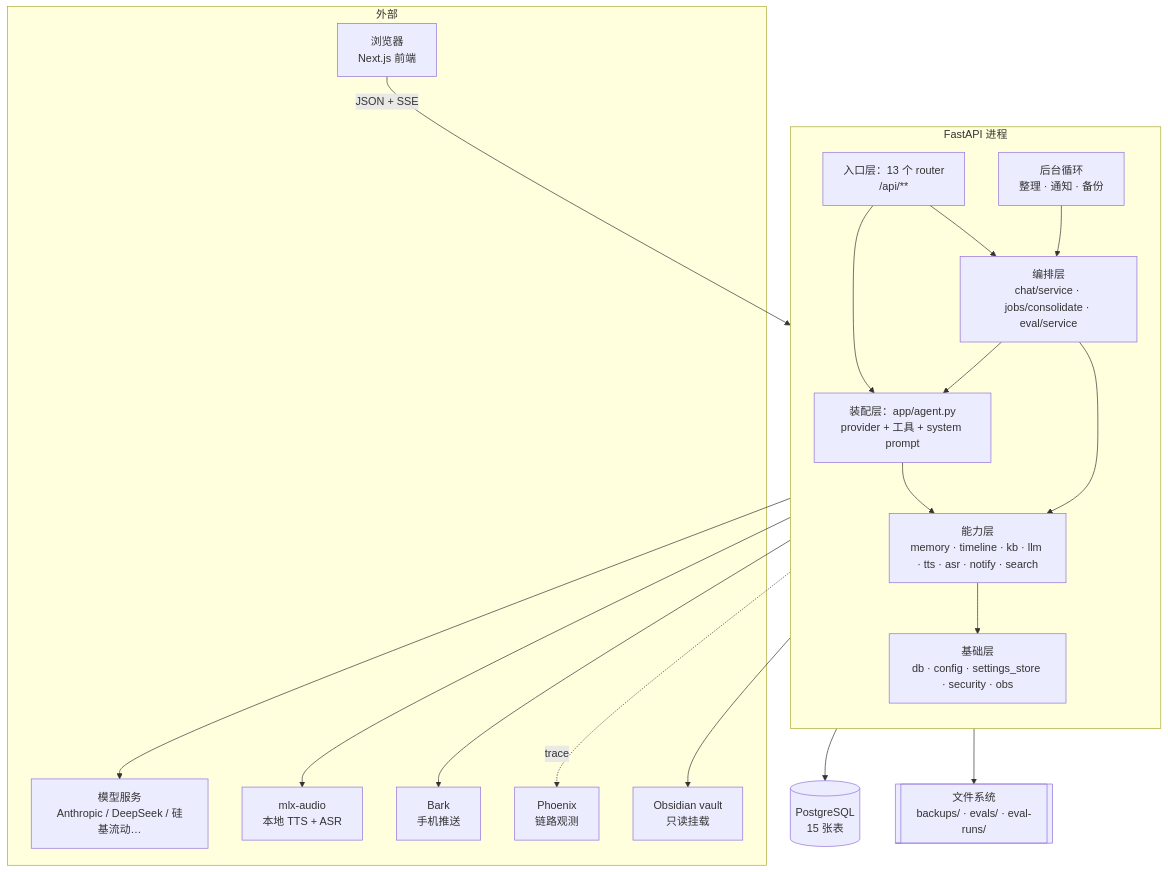
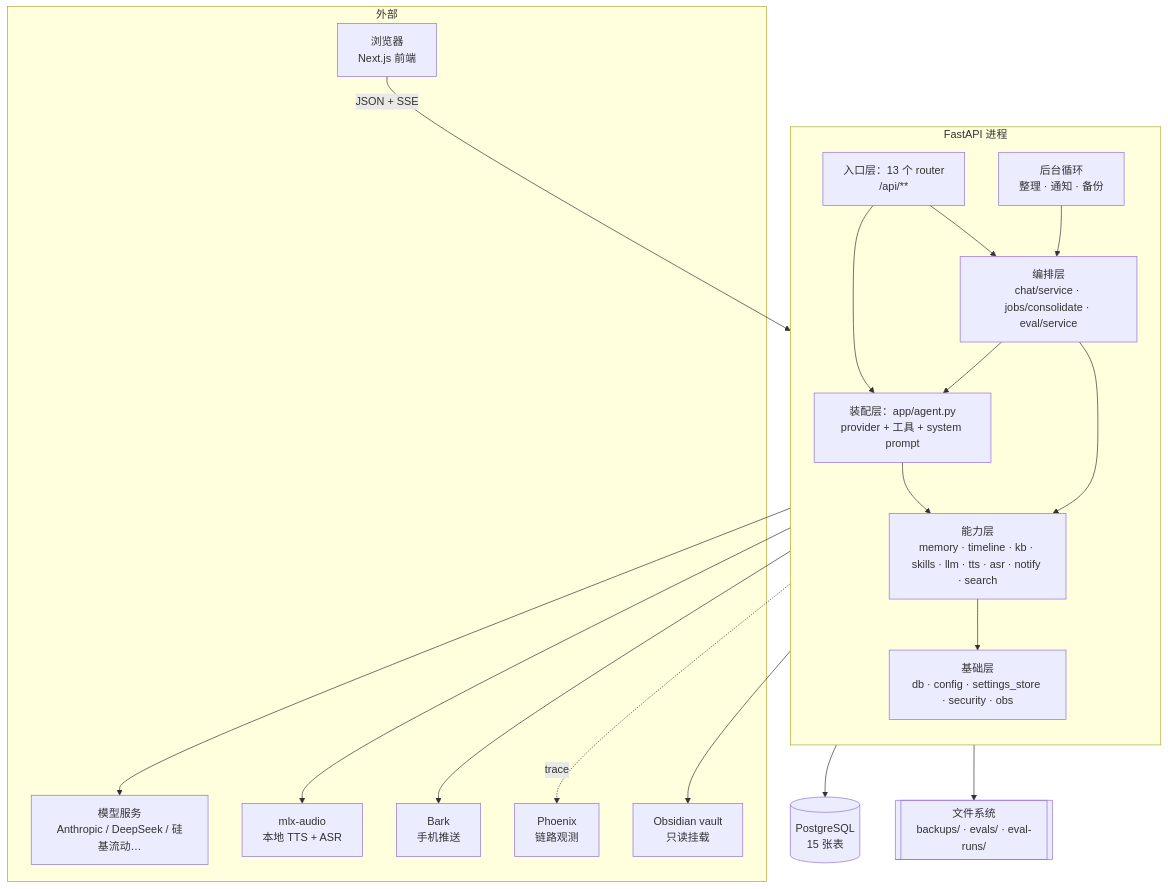
One commit to lance2016/chat-memo changed the first of 6 diagrams in docs/architecture.md. Above: the diagram before and after it, drawn with Mermaid. The commit also changed other lines of this file and 55 other files, not shown here.

Commit message:
feat: add agent skills and Tavily web search

````diff
--- a/docs/architecture.md
+++ b/docs/architecture.md
@@ -40,40 +40,40 @@
 ```mermaid
 flowchart TB
     subgraph EX["外部"]
         Browser["浏览器<br/>Next.js 前端"]
         Vendors["模型服务<br/>Anthropic / DeepSeek / 硅基流动…"]
         MLX["mlx-audio<br/>本地 TTS + ASR"]
         Bark["Bark<br/>手机推送"]
         Phoenix["Phoenix<br/>链路观测"]
         Vault["Obsidian vault<br/>只读挂载"]
     end
 
     subgraph API["FastAPI 进程"]
         direction TB
         R["入口层：13 个 router<br/>/api/**"]
         AG["装配层：app/agent.py<br/>provider + 工具 + system prompt"]
         OR["编排层<br/>chat/service · jobs/consolidate · eval/service"]
-        CAP["能力层<br/>memory · timeline · kb · llm · tts · asr · notify · search"]
+        CAP["能力层<br/>memory · timeline · kb · skills · llm · tts · asr · notify · search"]
         BG["后台循环<br/>整理 · 通知 · 备份"]
         INF["基础层<br/>db · config · settings_store · security · obs"]
     end
 
     PG[("PostgreSQL<br/>15 张表")]
     FS[["文件系统<br/>backups/ · evals/ · eval-runs/"]]
 
     Browser -->|"JSON + SSE"| R
     R --> AG
     R --> OR
     BG --> OR
     OR --> AG
     AG --> CAP
     OR --> CAP
     CAP --> INF
     INF --> PG
     CAP --> Vendors
     CAP --> MLX
     CAP --> Bark
     CAP --> Vault
     INF -.trace.-> Phoenix
     OR --> FS
 ```
````
